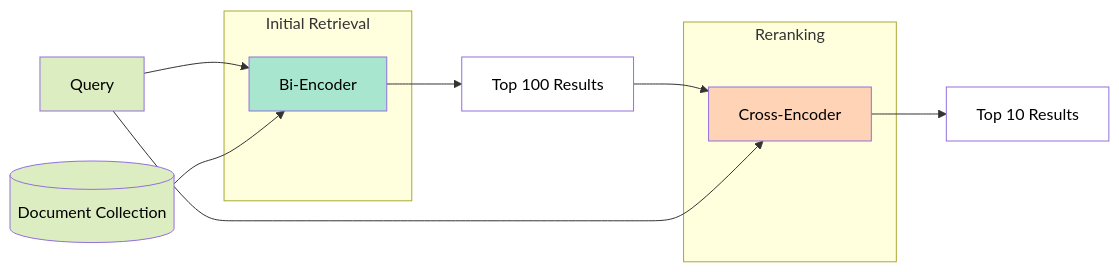
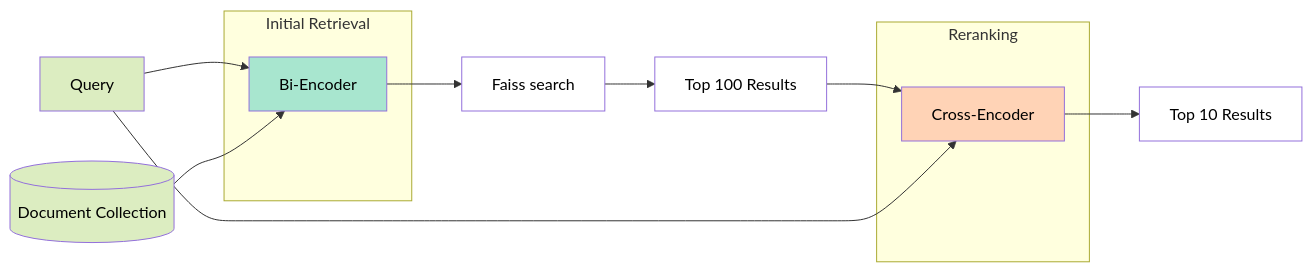
The first of 2 diagrams in README.md (Minerva142/DenseRetrievalProject), drawn with Mermaid before and after one commit.

````diff
--- a/README.md
+++ b/README.md
@@ -33,22 +33,24 @@
 ```mermaid
 graph LR
     Q[Query] --> BE[Bi-Encoder]
     D[(Document Collection)] --> BE
-    BE --> R1[Top 100 Results]
+    BE --> F[Faiss search]
+    F --> R1[Top 100 Results]
     R1 --> CE[Cross-Encoder]
     Q --> CE
     CE --> R2[Top 10 Results]
     style BE fill:#a8e6cf,color:black
+    style F fill:#fff,color:black
     style CE fill:#ffd3b6,color:black
     style Q fill:#dcedc1,color:black
     style D fill:#dcedc1,color:black
     style R1 fill:#fff,color:black
     style R2 fill:#fff,color:black
     subgraph Initial Retrieval
     BE
     end
     subgraph Reranking
     CE
     end
 
 ```
````
